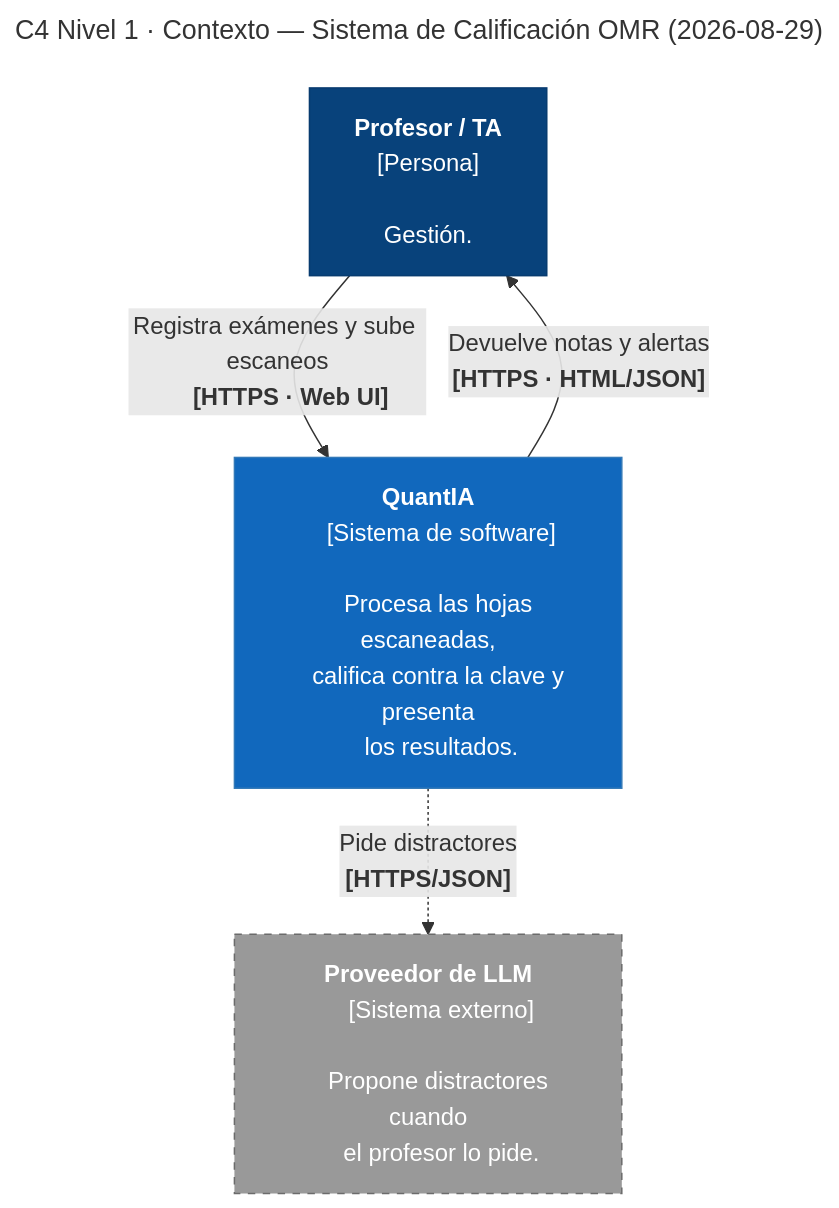
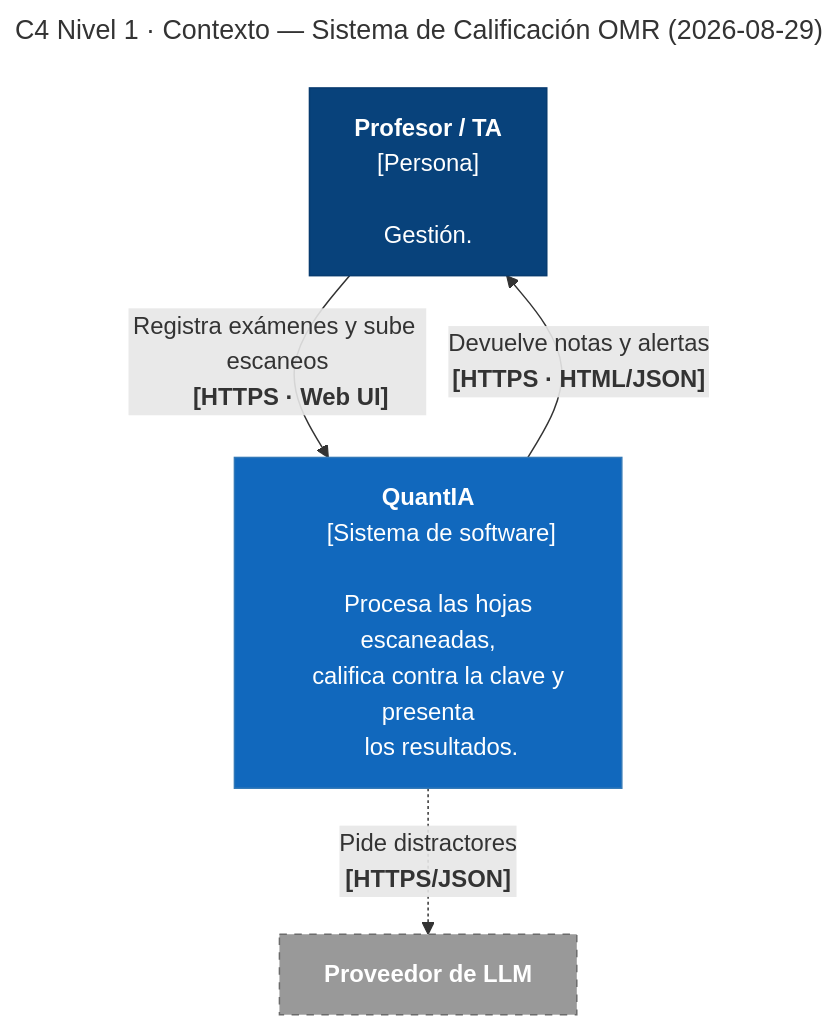
One commit to ISCOUTB/AS_202620_Sistema-de-calificacion-automatica changed the diagram in docs/c4/doc-c4.md. Above: the diagram before and after it, drawn with Mermaid.

Commit message:
Clean up doc-c4.md by removing distractions
Removed unnecessary lines and adjusted formatting.

````diff
--- a/docs/c4/doc-c4.md
+++ b/docs/c4/doc-c4.md
@@ -28,38 +28,35 @@
 ```mermaid
 ---
 title: "C4 Nivel 1 · Contexto — Sistema de Calificación OMR (2026-08-29)"
 ---
 flowchart TB
     profesor["<b>Profesor / TA</b>
     [Persona]
 
     Gestión."]
 
     sistema["<b>QuantIA</b>
     [Sistema de software]
 
     Procesa las hojas escaneadas,
     califica contra la clave y presenta
     los resultados."]
 
     llm["<b>Proveedor de LLM</b>
-    [Sistema externo]
-
-    Propone distractores cuando
-    el profesor lo pide."]
+    "]
 
     profesor -->|"Registra exámenes y sube escaneos
     <b>[HTTPS · Web UI]</b>"| sistema
     sistema -->|"Devuelve notas y alertas
     <b>[HTTPS · HTML/JSON]</b>"| profesor
     sistema -.->|"Pide distractores
     <b>[HTTPS/JSON]</b>"| llm
 
     classDef person fill:#08427B,stroke:#073B6F,color:#ffffff
     classDef system fill:#1168BD,stroke:#3379B7,color:#ffffff
     classDef external fill:#999999,stroke:#6B6B6B,color:#ffffff,stroke-dasharray: 5 5
 
     class profesor person
     class sistema system
     class llm external
 ```
````
